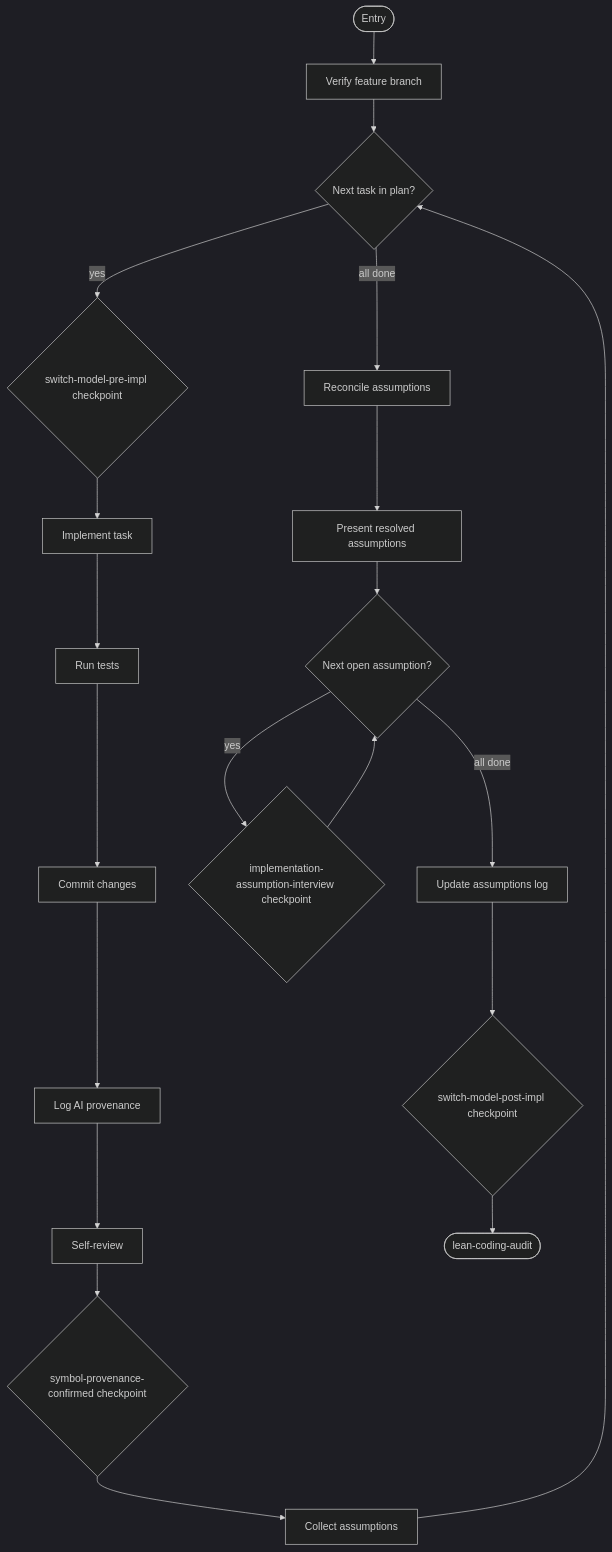
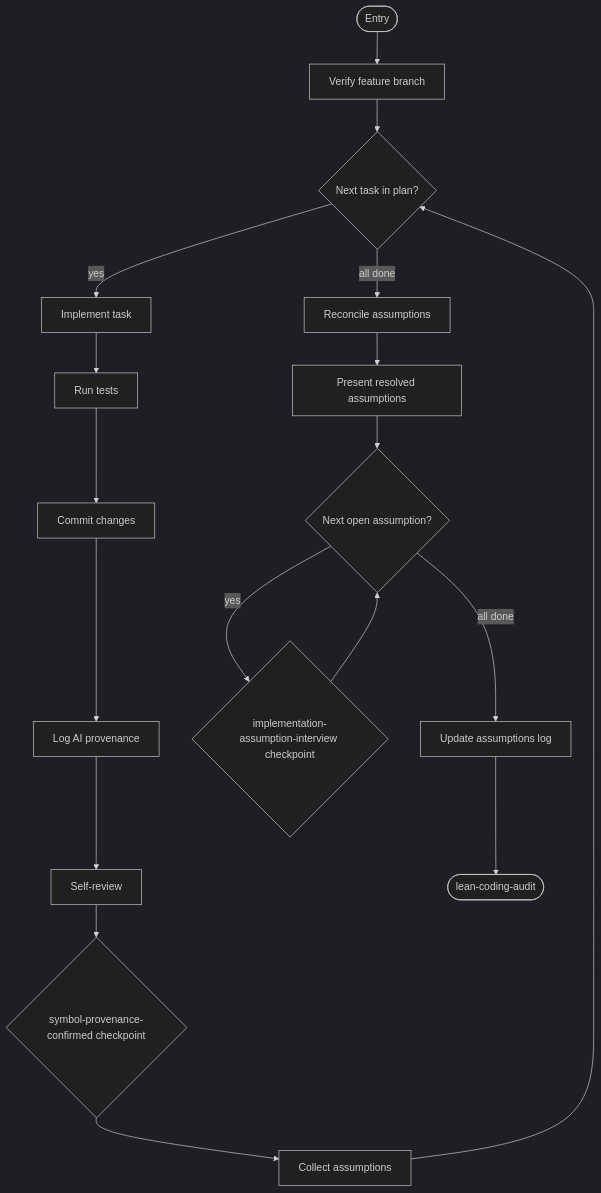
One commit to m2ux/workflow-server changed the ninth of 15 diagrams in work-package/activities/README.md. Above: the diagram before and after it, drawn with Mermaid (dark theme). The commit also changed other lines of this file and 52 other files, not shown here.

````diff
--- a/work-package/activities/README.md
+++ b/work-package/activities/README.md
@@ -270,23 +268,21 @@
 ```mermaid
 graph TD
     entryNode(["Entry"]) --> verifyBranch["Verify feature branch"]
     verifyBranch --> nextTask{"Next task in plan?"}
-    nextTask -->|"yes"| cpPreImpl{"switch-model-pre-impl checkpoint"}
-    cpPreImpl --> implementTask["Implement task"]
+    nextTask -->|"yes"| implementTask["Implement task"]
     implementTask --> runTests["Run tests"]
     runTests --> commitChanges["Commit changes"]
     commitChanges --> logProvenance["Log AI provenance"]
     logProvenance --> selfReview["Self-review"]
     selfReview --> cpSymbol{"symbol-provenance-confirmed checkpoint"}
     cpSymbol --> collectAssumptions["Collect assumptions"]
     collectAssumptions --> nextTask
 
     nextTask -->|"all done"| reconcile["Reconcile assumptions"]
     reconcile --> presentResolved["Present resolved assumptions"]
     presentResolved --> interviewLoop{"Next open assumption?"}
     interviewLoop -->|"yes"| cpInterview{"implementation-assumption-interview checkpoint"}
     cpInterview --> interviewLoop
     interviewLoop -->|"all done"| updateLog["Update assumptions log"]
-    updateLog --> cpPostImpl{"switch-model-post-impl checkpoint"}
-    cpPostImpl --> exitNode(["lean-coding-audit"])
+    updateLog --> exitNode(["lean-coding-audit"])
 ```
````
